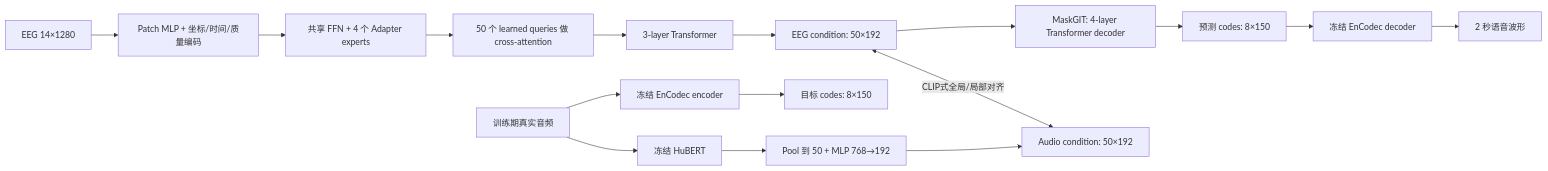
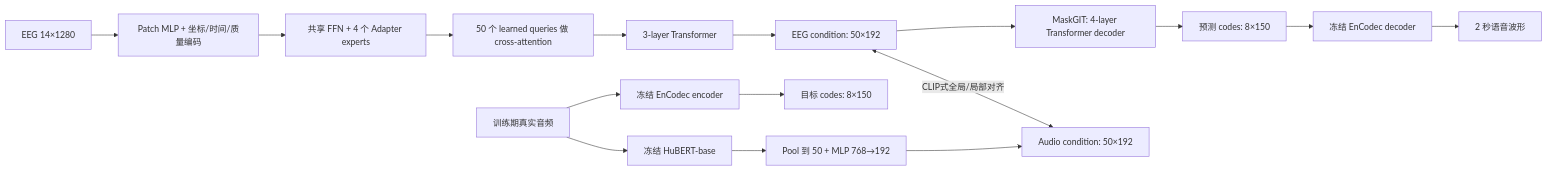
One commit to samxiexs/eeg-voice changed the second of 2 diagrams in eeg2wave_server_bundle/feis_karaone_ds004306_bundle/reports/openvoice_eeg_0722_teacher_briefing.md. Above: the diagram before and after it, drawn with Mermaid. The commit also changed other lines of this file and 9 other files, not shown here.

````diff
--- a/eeg2wave_server_bundle/feis_karaone_ds004306_bundle/reports/openvoice_eeg_0722_teacher_briefing.md
+++ b/eeg2wave_server_bundle/feis_karaone_ds004306_bundle/reports/openvoice_eeg_0722_teacher_briefing.md
@@ -97,21 +118,21 @@
 ```mermaid
 flowchart LR
     A["EEG 14×1280"] --> B["Patch MLP + 坐标/时间/质量编码"]
     B --> C["共享 FFN + 4 个 Adapter experts"]
     C --> D["50 个 learned queries 做 cross-attention"]
     D --> E["3-layer Transformer"]
     E --> Z["EEG condition: 50×192"]
 
-    W["训练期真实音频"] --> H["冻结 HuBERT"]
+    W["训练期真实音频"] --> H["冻结 HuBERT-base"]
     H --> HM["Pool 到 50 + MLP 768→192"]
     HM --> ZA["Audio condition: 50×192"]
 
     W --> EN["冻结 EnCodec encoder"]
     EN --> CODE["目标 codes: 8×150"]
 
     Z <-->|"CLIP式全局/局部对齐"| ZA
     Z --> MG["MaskGIT: 4-layer Transformer decoder"]
     MG --> PC["预测 codes: 8×150"]
     PC --> ED["冻结 EnCodec decoder"]
     ED --> OUT["2 秒语音波形"]
 ```
````
